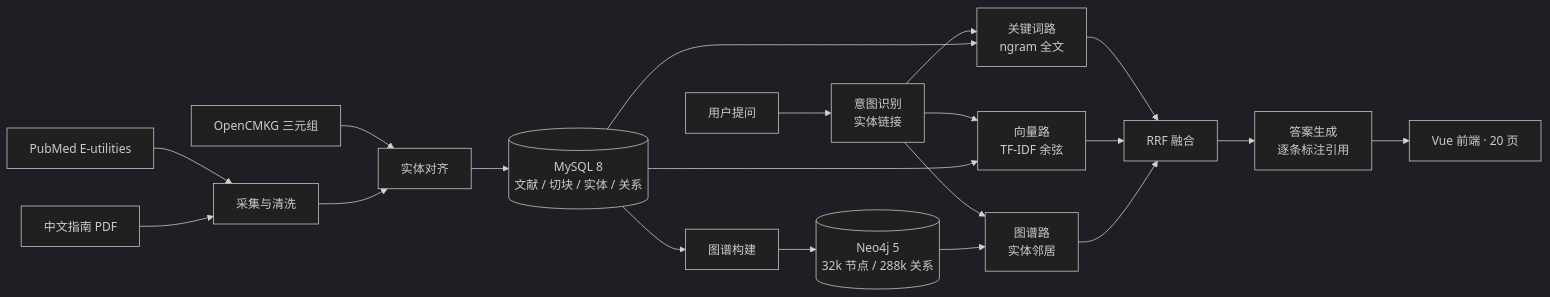
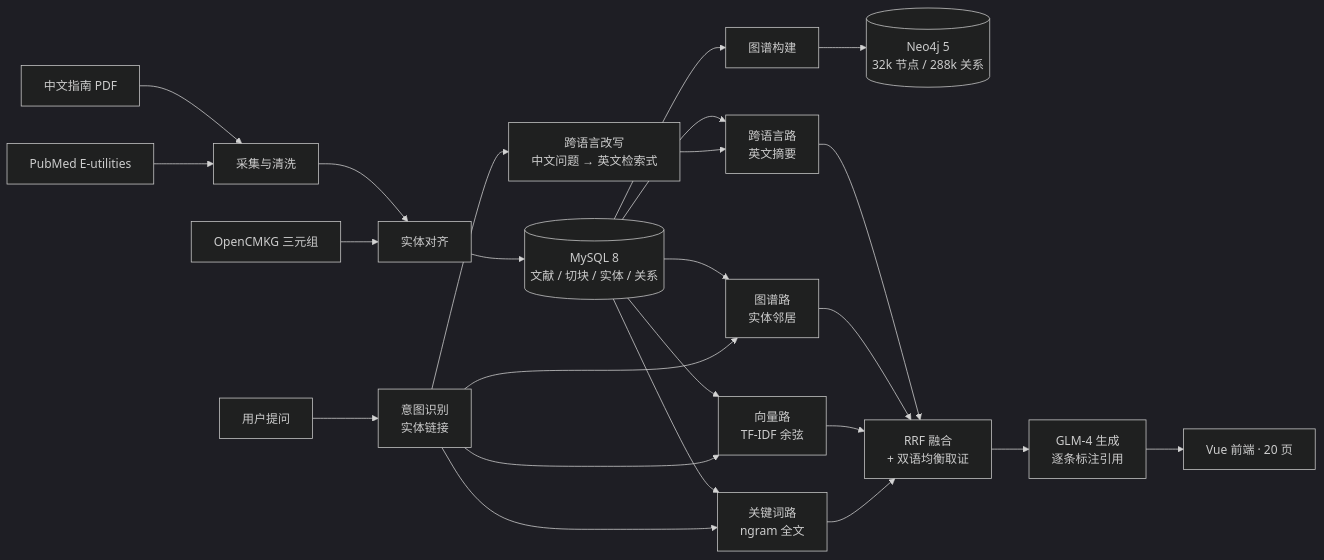
One commit to machunjing/manzhi-kg changed the diagram in README.md. Above: the diagram before and after it, drawn with Mermaid (dark theme). The commit also changed other lines of this file and 29 other files, not shown here.

````diff
--- a/README.md
+++ b/README.md
@@ -45,23 +45,27 @@
 ```mermaid
 flowchart LR
     A[PubMed E-utilities] --> B[采集与清洗]
     C[中文指南 PDF] --> B
     D[OpenCMKG 三元组] --> E[实体对齐]
     B --> E
     E --> F[(MySQL 8<br/>文献 / 切块 / 实体 / 关系)]
     F --> G[图谱构建]
     G --> H[(Neo4j 5<br/>32k 节点 / 288k 关系)]
 
     Q[用户提问] --> R[意图识别<br/>实体链接]
+    R --> S0[跨语言改写<br/>中文问题 → 英文检索式]
     R --> S1[关键词路<br/>ngram 全文]
     R --> S2[向量路<br/>TF-IDF 余弦]
     R --> S3[图谱路<br/>实体邻居]
     F --> S1
     F --> S2
-    H --> S3
-    S1 --> T[RRF 融合]
+    F --> S3
+    S0 --> S4[跨语言路<br/>英文摘要]
+    F --> S4
+    S1 --> T[RRF 融合<br/>+ 双语均衡取证]
     S2 --> T
     S3 --> T
-    T --> U[答案生成<br/>逐条标注引用]
+    S4 --> T
+    T --> U[GLM-4 生成<br/>逐条标注引用]
     U --> V[Vue 前端 · 20 页]
 ```
````
